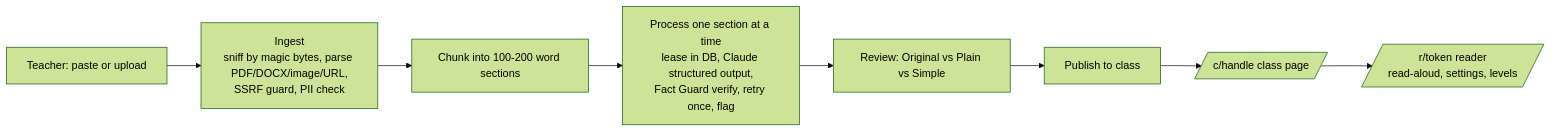
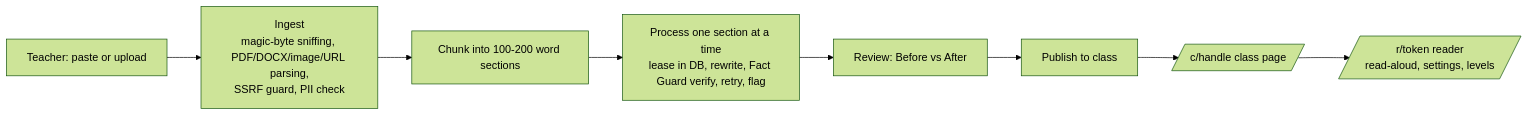
One commit to bhnsadhu/easy-read changed the diagram in README.md. Above: the diagram before and after it, drawn with Mermaid (forest theme). The commit also changed other lines of this file and 30 other files, not shown here.

````diff
--- a/README.md
+++ b/README.md
@@ -73,10 +86,10 @@
 ```mermaid
 flowchart LR
-  T[Teacher: paste or upload] --> I[Ingest\nsniff by magic bytes, parse PDF/DOCX/image/URL,\nSSRF guard, PII check]
+  T[Teacher: paste or upload] --> I[Ingest\nmagic-byte sniffing, PDF/DOCX/image/URL parsing,\nSSRF guard, PII check]
   I --> S[Chunk into 100-200 word sections]
-  S --> P[Process one section at a time\nlease in DB, Claude structured output,\nFact Guard verify, retry once, flag]
-  P --> R[Review: Original vs Plain vs Simple]
+  P[Process one section at a time\nlease in DB, rewrite, Fact Guard verify, retry, flag]
+  S --> P --> R[Review: Before vs After]
   R --> PUB[Publish to class]
   PUB --> C[/c/handle class page/]
   C --> RD[/r/token reader\nread-aloud, settings, levels/]
 ```
````
